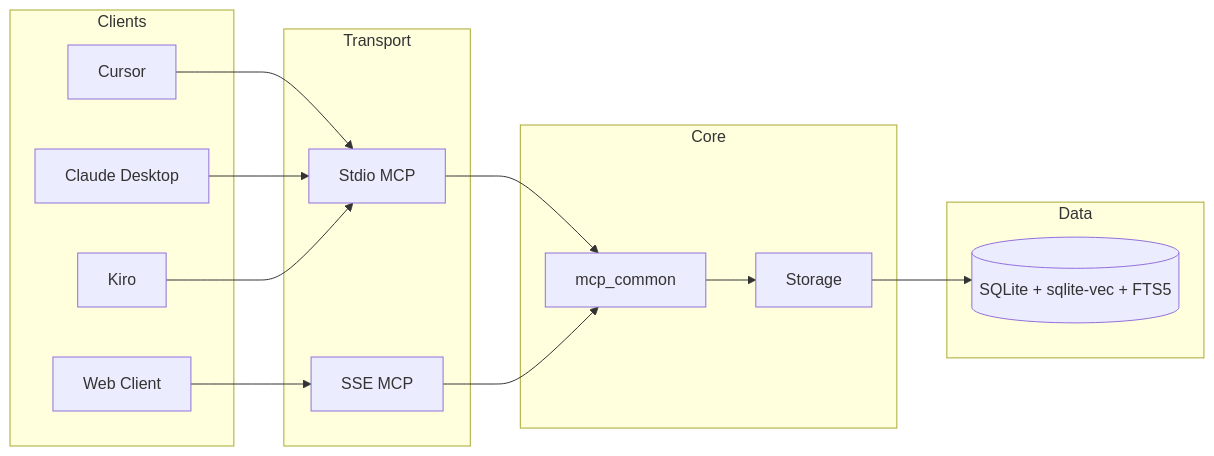
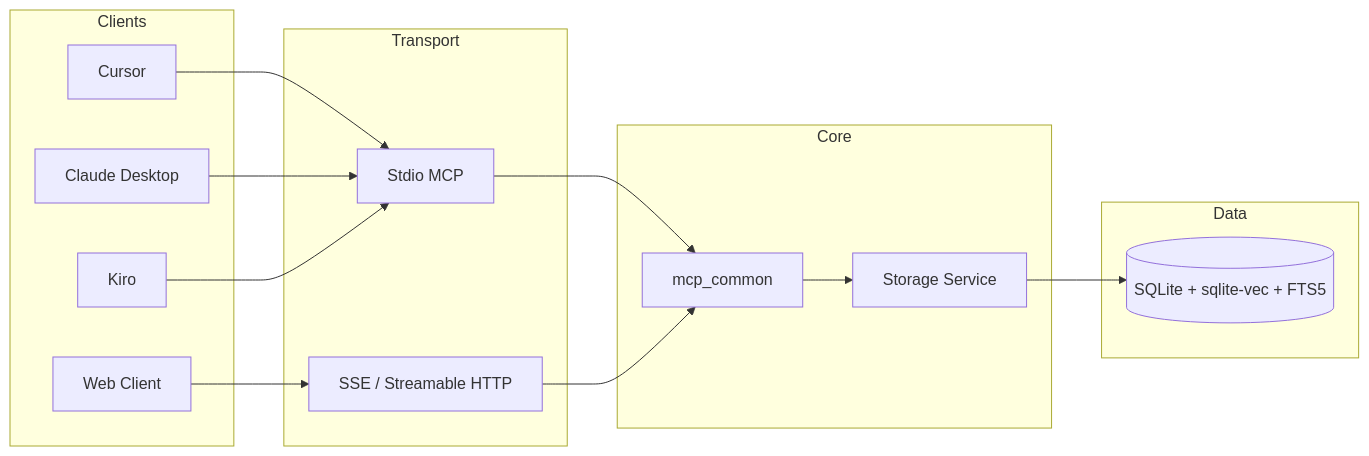
Before and after one commit to x-mesh/mem-mesh: the diagram in README.md, drawn with Mermaid. The commit also changed other lines of this file and 2 other files, not shown here.

````diff
--- a/README.md
+++ b/README.md
@@ -248,32 +231,32 @@
 ```mermaid
 flowchart LR
     subgraph Clients
         Cursor[Cursor]
         Claude[Claude Desktop]
         Kiro[Kiro]
         Web[Web Client]
     end
 
     subgraph Transport
         Stdio[Stdio MCP]
-        SSE[SSE MCP]
+        SSE[SSE / Streamable HTTP]
     end
 
     subgraph Core
         MCP[mcp_common]
-        Storage[Storage]
+        Storage[Storage Service]
     end
 
     subgraph Data
         SQLite[(SQLite + sqlite-vec + FTS5)]
     end
 
     Cursor --> Stdio
     Claude --> Stdio
     Kiro --> Stdio
     Web --> SSE
     Stdio --> MCP
     SSE --> MCP
     MCP --> Storage
     Storage --> SQLite
 ```
````
